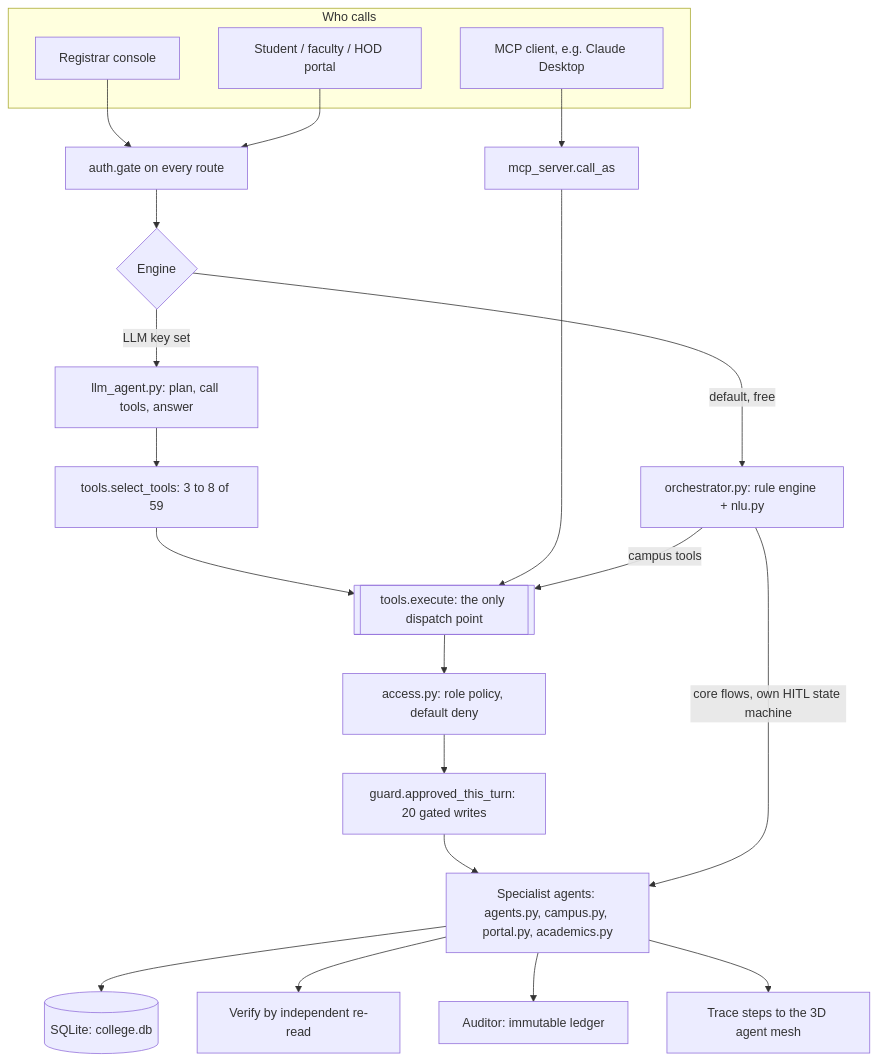
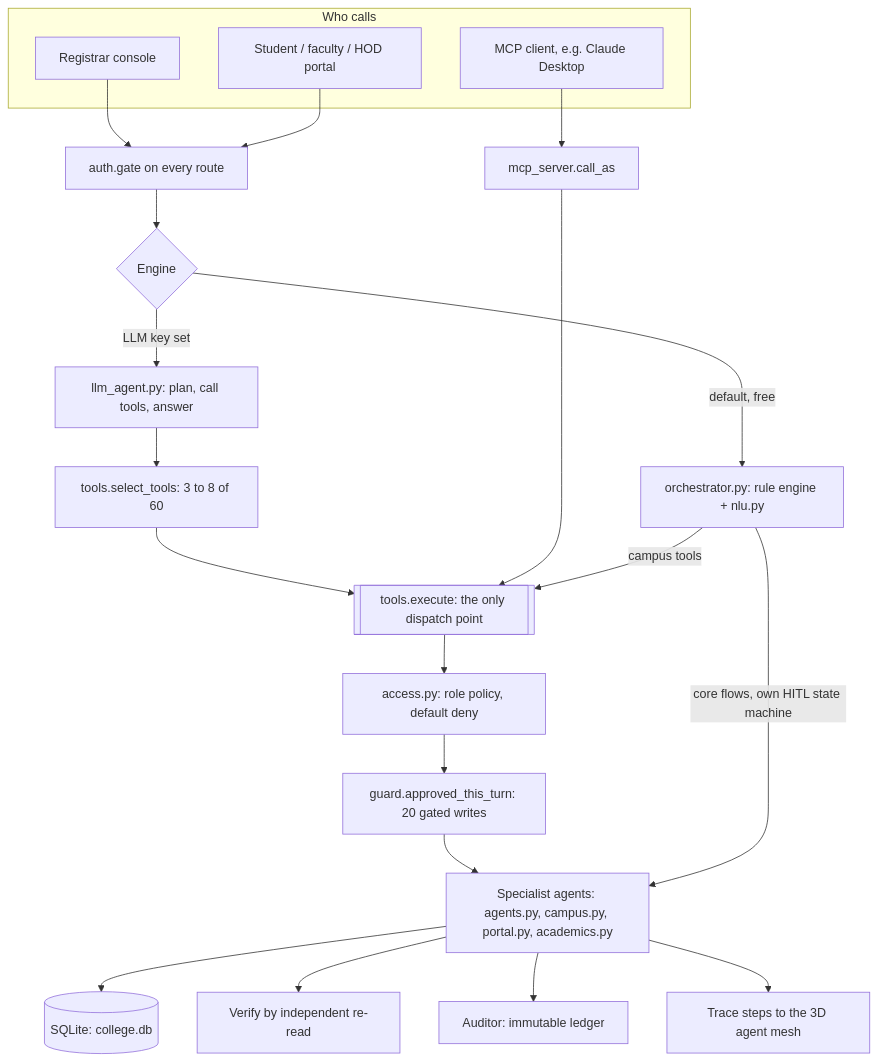
One commit to samprith02/VidyaERP changed the first of 7 diagrams in README.md. Above: the diagram before and after it, drawn with Mermaid. The commit also changed other lines of this file and 17 other files, not shown here.

````diff
--- a/README.md
+++ b/README.md
@@ -188,26 +190,26 @@
 ```mermaid
 flowchart TB
   subgraph callers [Who calls]
     RC[Registrar console]
     PT[Student / faculty / HOD portal]
     MC[MCP client, e.g. Claude Desktop]
   end
   RC --> AG[auth.gate on every route]
   PT --> AG
   AG --> EN{Engine}
   EN -->|default, free| RE[orchestrator.py: rule engine + nlu.py]
   EN -->|LLM key set| LA[llm_agent.py: plan, call tools, answer]
-  LA --> TR[tools.select_tools: 3 to 8 of 59]
+  LA --> TR[tools.select_tools: 3 to 8 of 60]
   MC --> CA[mcp_server.call_as]
   TR --> EX[[tools.execute: the only dispatch point]]
   CA --> EX
   RE -->|campus tools| EX
   EX --> AC[access.py: role policy, default deny]
   AC --> GD[guard.approved_this_turn: 20 gated writes]
   GD --> SP[Specialist agents: agents.py, campus.py, portal.py, academics.py]
   RE -->|core flows, own HITL state machine| SP
   SP --> DB[(SQLite: college.db)]
   SP --> VR[Verify by independent re-read]
   SP --> AU[Auditor: immutable ledger]
   SP --> TC[Trace steps to the 3D agent mesh]
 ```
````
